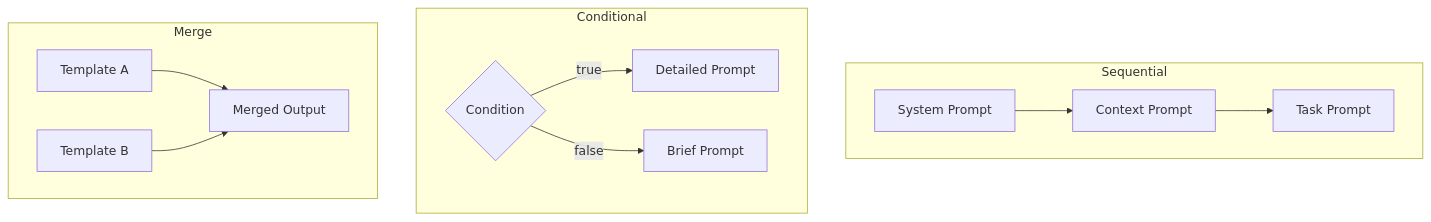
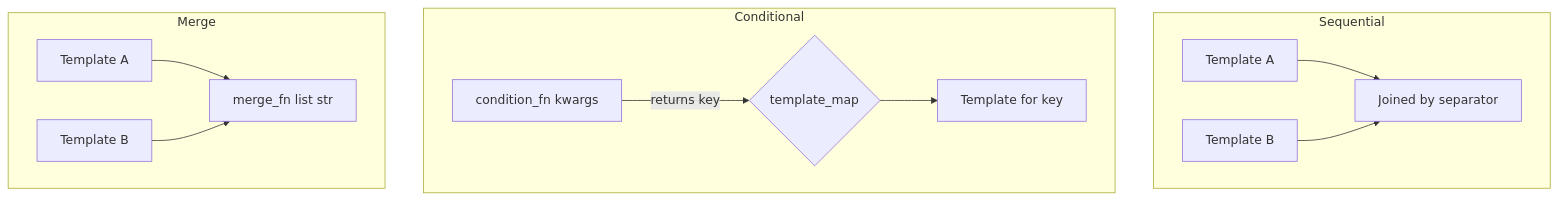
The second of 2 diagrams in docs/prompts.md (fireflyframework/fireflyframework-agentic), drawn with Mermaid before and after one commit. The commit also changed other lines of this file and 20 other files, not shown here.

````diff
--- a/docs/prompts.md
+++ b/docs/prompts.md
@@ -85,16 +150,17 @@
 ```mermaid
 flowchart TD
     subgraph Sequential
-        S1[System Prompt] --> S2[Context Prompt] --> S3[Task Prompt]
+        S1[Template A] --> SR[Joined by separator]
+        S2[Template B] --> SR
     end
 
     subgraph Conditional
-        C{Condition} -->|true| C1[Detailed Prompt]
-        C -->|false| C2[Brief Prompt]
+        C[condition_fn kwargs] -->|returns key| K{template_map}
+        K --> C1[Template for key]
     end
 
     subgraph Merge
-        M1[Template A] --> MR[Merged Output]
+        M1[Template A] --> MR[merge_fn list str]
         M2[Template B] --> MR
     end
 ```
````
